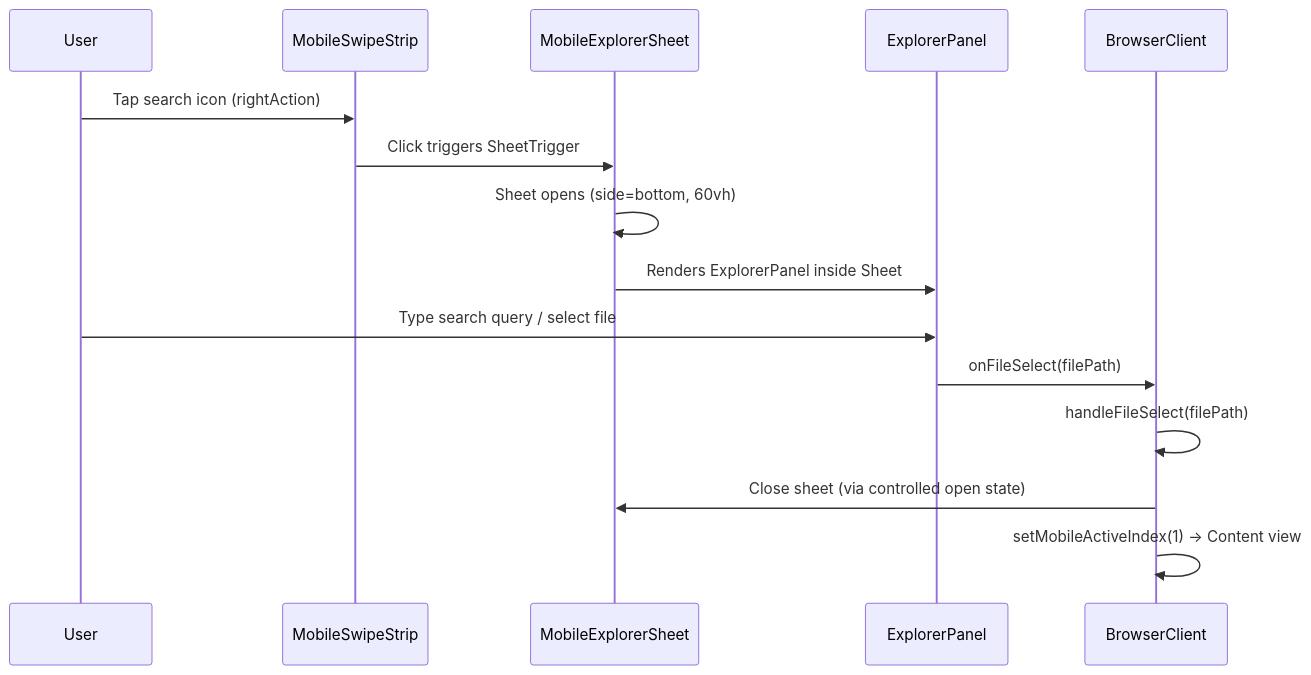
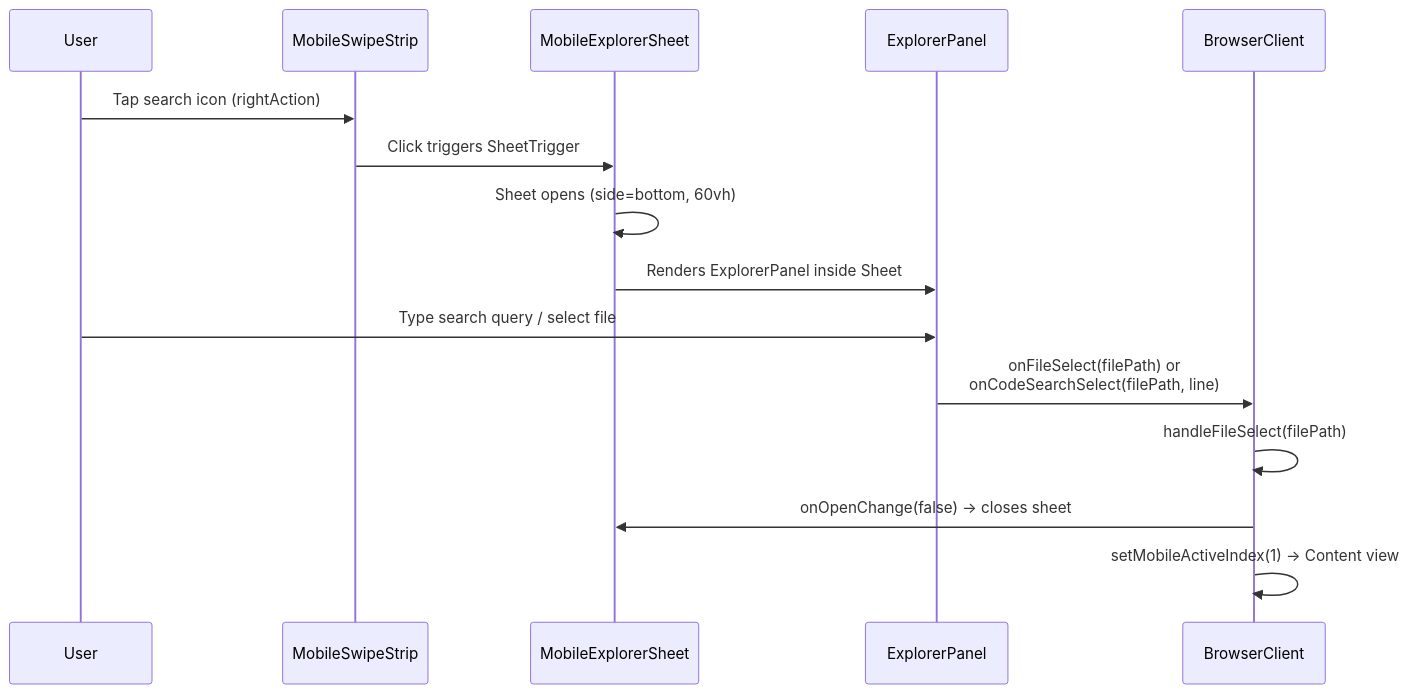
Before and after one commit to AI-Substrate/chainglass: the third of 3 diagrams in docs/plans/078-mobile-experience/tasks/phase-3-browser-mobile-ux/tasks.md, drawn with Mermaid. The commit also changed other lines of this file and 5 other files, not shown here.

````diff
--- a/docs/plans/078-mobile-experience/tasks/phase-3-browser-mobile-ux/tasks.md
+++ b/docs/plans/078-mobile-experience/tasks/phase-3-browser-mobile-ux/tasks.md
@@ -290,18 +466,18 @@
 ```mermaid
 sequenceDiagram
     participant U as User
     participant MSS as MobileSwipeStrip
     participant MES as MobileExplorerSheet
     participant EP as ExplorerPanel
     participant BC as BrowserClient
 
     U->>MSS: Tap search icon (rightAction)
     MSS->>MES: Click triggers SheetTrigger
     MES->>MES: Sheet opens (side=bottom, 60vh)
     MES->>EP: Renders ExplorerPanel inside Sheet
     U->>EP: Type search query / select file
-    EP->>BC: onFileSelect(filePath)
+    EP->>BC: onFileSelect(filePath) or<br/>onCodeSearchSelect(filePath, line)
     BC->>BC: handleFileSelect(filePath)
-    BC->>MES: Close sheet (via controlled open state)
+    BC->>MES: onOpenChange(false) → closes sheet
     BC->>BC: setMobileActiveIndex(1) → Content view
 ```
````
